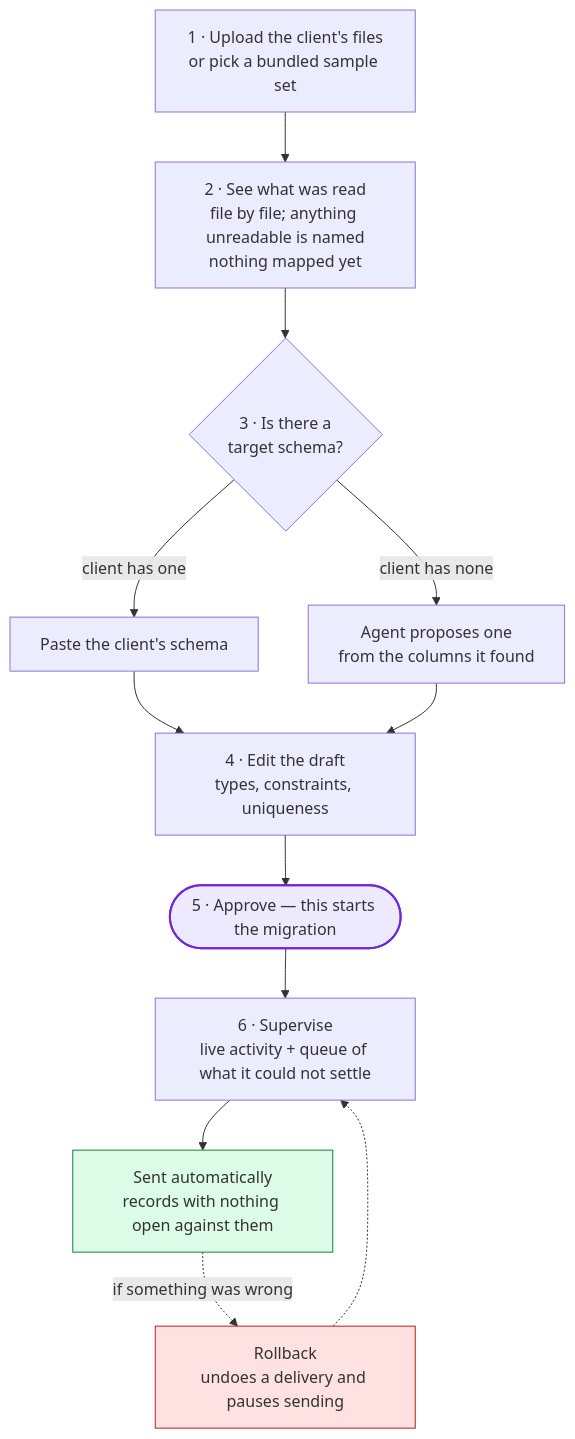
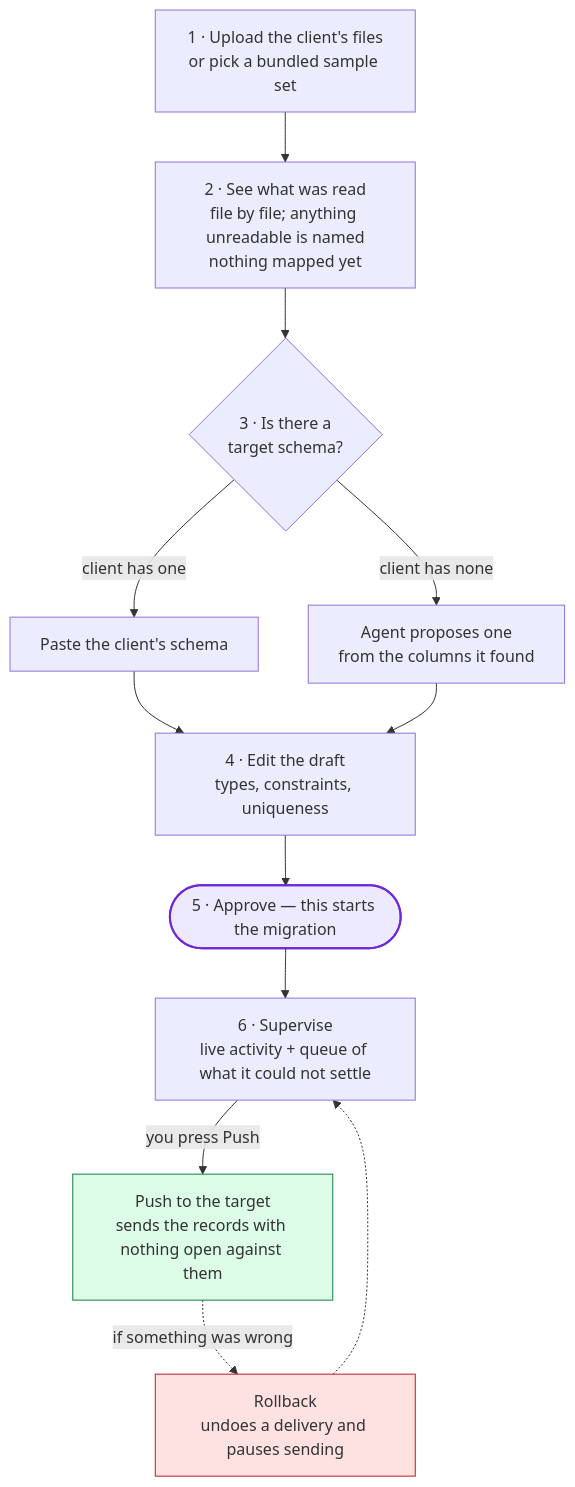
The second of 4 diagrams in README.md (himacharan128/darwinbox-data-bridge), drawn with Mermaid before and after one commit. The commit also changed other lines of this file and 43 other files, not shown here.

````diff
--- a/README.md
+++ b/README.md
@@ -46,27 +46,27 @@
 ```mermaid
 flowchart TD
     U["1 · Upload the client's files<br/>or pick a bundled sample set"]
     R["2 · See what was read<br/>file by file; anything unreadable is named<br/>nothing mapped yet"]
     Q{"3 · Is there a<br/>target schema?"}
     P["Paste the client's schema"]
     G["Agent proposes one<br/>from the columns it found"]
     E["4 · Edit the draft<br/>types, constraints, uniqueness"]
     OK(["5 · Approve — this starts the migration"])
     W["6 · Supervise<br/>live activity + queue of what it could not settle"]
-    S["Sent automatically<br/>records with nothing open against them"]
+    S["Push to the target<br/>sends the records with nothing open against them"]
     B["Rollback<br/>undoes a delivery and pauses sending"]
 
     U --> R --> Q
     Q -->|"client has one"| P
     Q -->|"client has none"| G
     P --> E
     G --> E
     E --> OK --> W
-    W --> S
+    W -->|"you press Push"| S
     S -.->|"if something was wrong"| B
     B -.-> W
 
     style OK fill:#ede9fe,stroke:#6d28d9,stroke-width:2px
     style S fill:#dcfce7,stroke:#15803d
     style B fill:#fee2e2,stroke:#b91c1c
 ```
````
